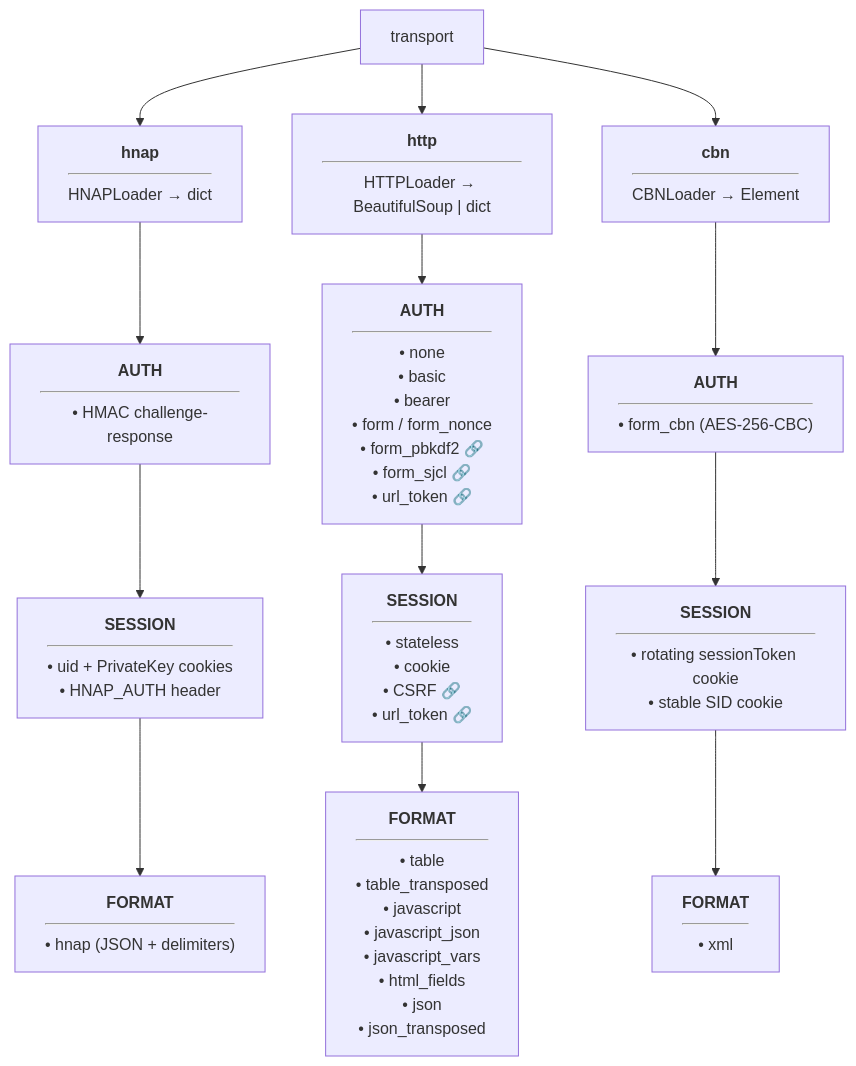
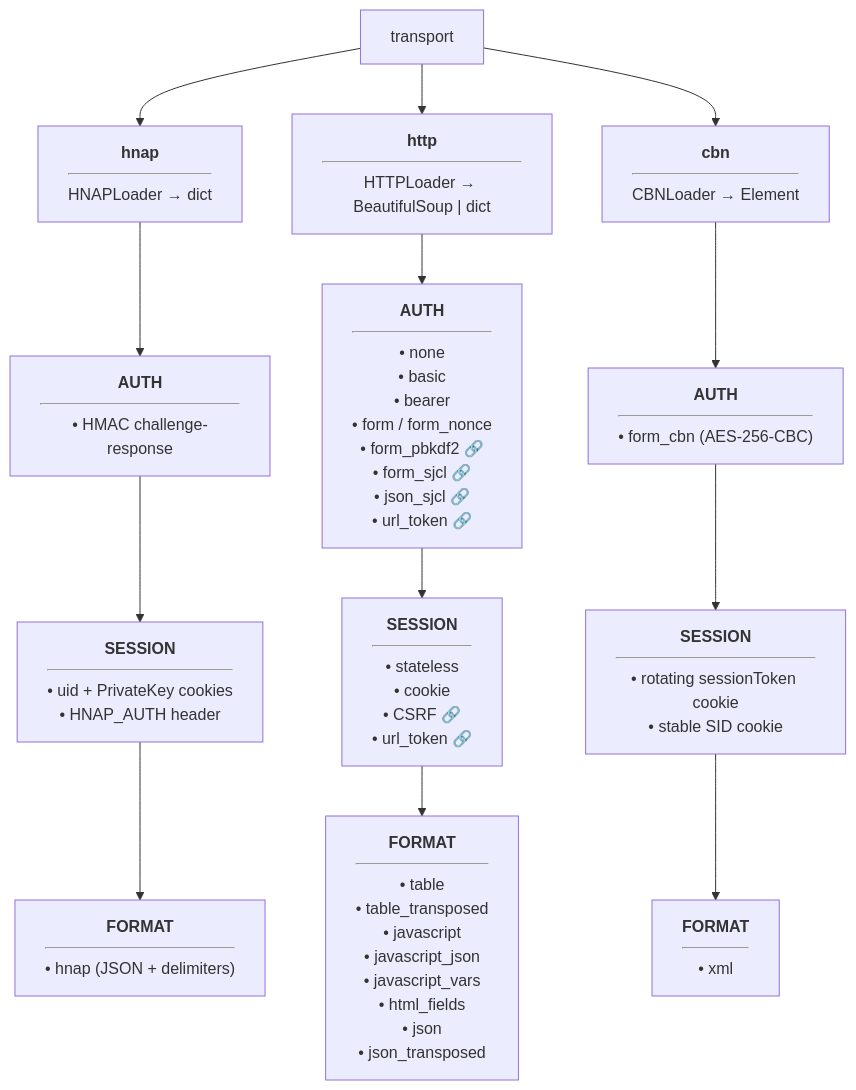
Before and after one commit to solentlabs/cable_modem_monitor: the second of 2 diagrams in packages/cable_modem_monitor_core/docs/ARCHITECTURE.md, drawn with Mermaid. The commit also changed other lines of this file and 44 other files, not shown here.

First line of the commit message:
feat(core): json_sjcl auth and session-encoded action bodies

````diff
--- a/packages/cable_modem_monitor_core/docs/ARCHITECTURE.md
+++ b/packages/cable_modem_monitor_core/docs/ARCHITECTURE.md
@@ -219,18 +219,18 @@
 ```mermaid
 graph TD
     T[transport] --> HNAP["<b>hnap</b><hr/>HNAPLoader → dict"]
     T --> HTTP["<b>http</b><hr/>HTTPLoader → BeautifulSoup | dict"]
     T --> CBN["<b>cbn</b><hr/>CBNLoader → Element"]
 
     HNAP --> HA["<b>AUTH</b><hr/>• HMAC challenge-response"]
     HA --> HS["<b>SESSION</b><hr/>• uid + PrivateKey cookies<br/>• HNAP_AUTH header"]
     HS --> HF["<b>FORMAT</b><hr/>• hnap (JSON + delimiters)"]
 
-    HTTP --> HTA["<b>AUTH</b><hr/>• none<br/>• basic<br/>• bearer<br/>• form / form_nonce<br/>• form_pbkdf2 🔗<br/>• form_sjcl 🔗<br/>• url_token 🔗"]
+    HTTP --> HTA["<b>AUTH</b><hr/>• none<br/>• basic<br/>• bearer<br/>• form / form_nonce<br/>• form_pbkdf2 🔗<br/>• form_sjcl 🔗<br/>• json_sjcl 🔗<br/>• url_token 🔗"]
     HTA --> HTS["<b>SESSION</b><hr/>• stateless<br/>• cookie<br/>• CSRF 🔗<br/>• url_token 🔗"]
     HTS --> HTF["<b>FORMAT</b><hr/>• table<br/>• table_transposed<br/>• javascript<br/>• javascript_json<br/>• javascript_vars<br/>• html_fields<br/>• json<br/>• json_transposed"]
 
     CBN --> CA["<b>AUTH</b><hr/>• form_cbn (AES-256-CBC)"]
     CA --> CS["<b>SESSION</b><hr/>• rotating sessionToken cookie<br/>• stable SID cookie"]
     CS --> CF["<b>FORMAT</b><hr/>• xml"]
 ```
````
